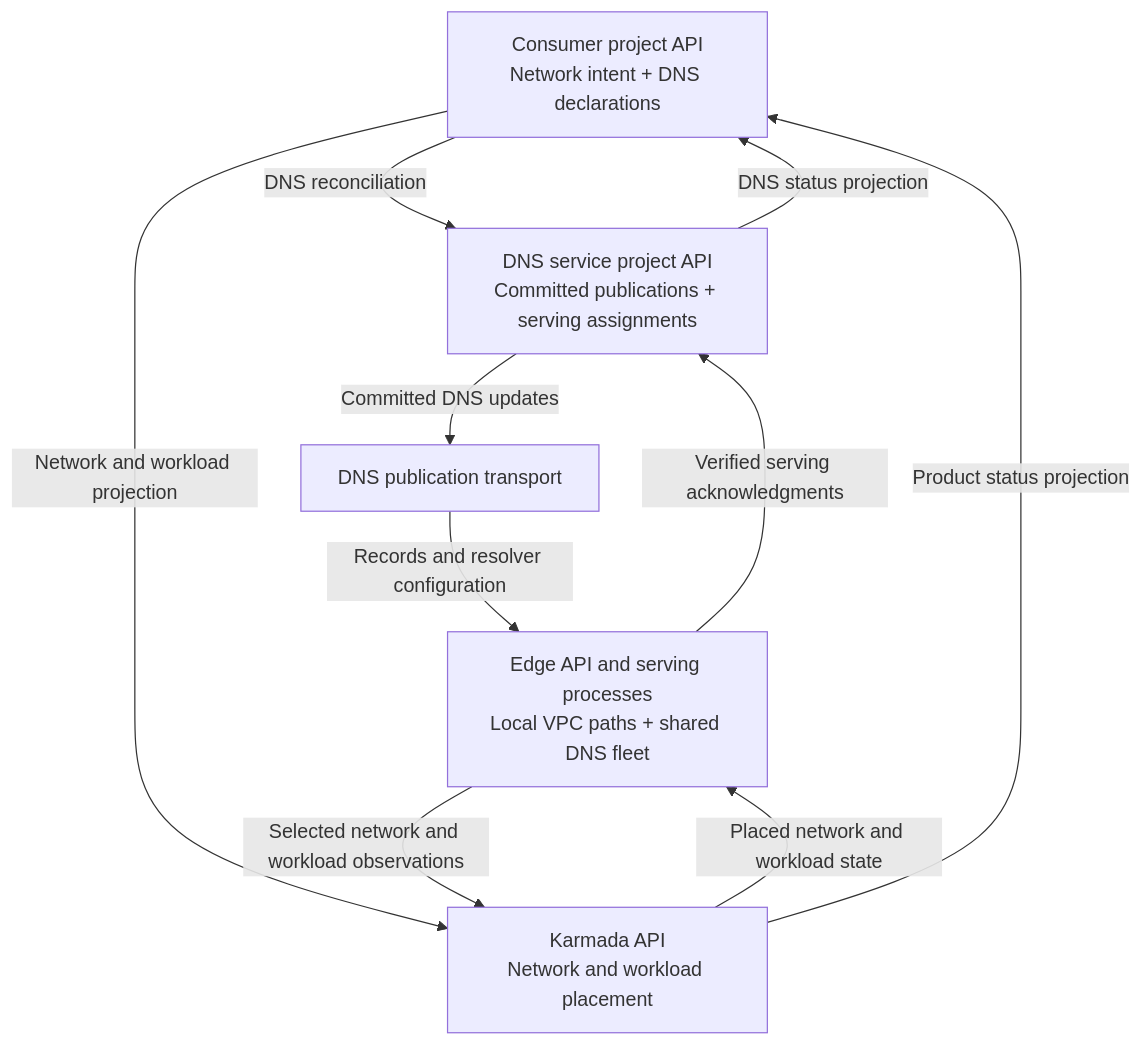
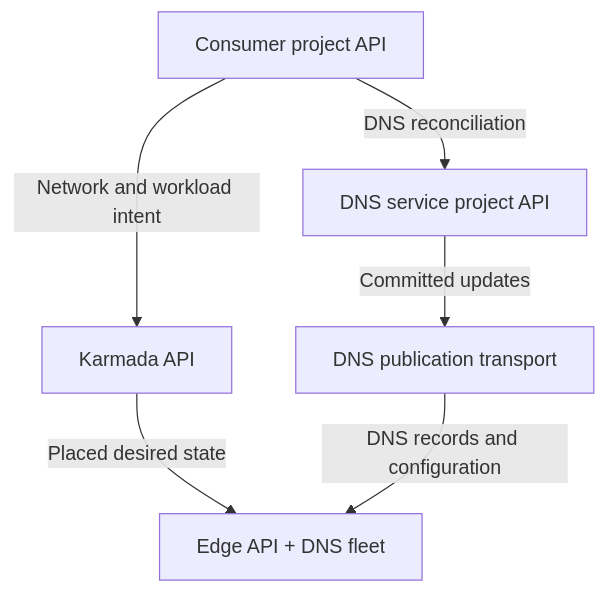
One commit to datum-cloud/enhancements changed the first of 4 diagrams in architecture/deliver/dns/internal-dns/README.md. Above: the diagram before and after it, drawn with Mermaid. The commit also changed other lines of this file, not shown here.

Commit message:
Condense internal DNS architecture around system diagrams

````diff
--- a/architecture/deliver/dns/internal-dns/README.md
+++ b/architecture/deliver/dns/internal-dns/README.md
@@ -54,17 +16,13 @@
 ```mermaid
 flowchart TB
-  P["Consumer project API<br/>Network intent + DNS declarations"]
-  D["DNS service project API<br/>Committed publications + serving assignments"]
-  K["Karmada API<br/>Network and workload placement"]
-  E["Edge API and serving processes<br/>Local VPC paths + shared DNS fleet"]
+  P[Consumer project API]
+  D[DNS service project API]
+  K[Karmada API]
+  E[Edge API + DNS fleet]
   T[DNS publication transport]
   P -->|DNS reconciliation| D
-  P -->|Network and workload projection| K
-  K -->|Placed network and workload state| E
-  D -->|Committed DNS updates| T
-  T -->|Records and resolver configuration| E
-  E -->|Verified serving acknowledgments| D
-  E -->|Selected network and workload observations| K
-  K -->|Product status projection| P
-  D -->|DNS status projection| P
+  P -->|Network and workload intent| K
+  K -->|Placed desired state| E
+  D -->|Committed updates| T
+  T -->|DNS records and configuration| E
 ```
````
